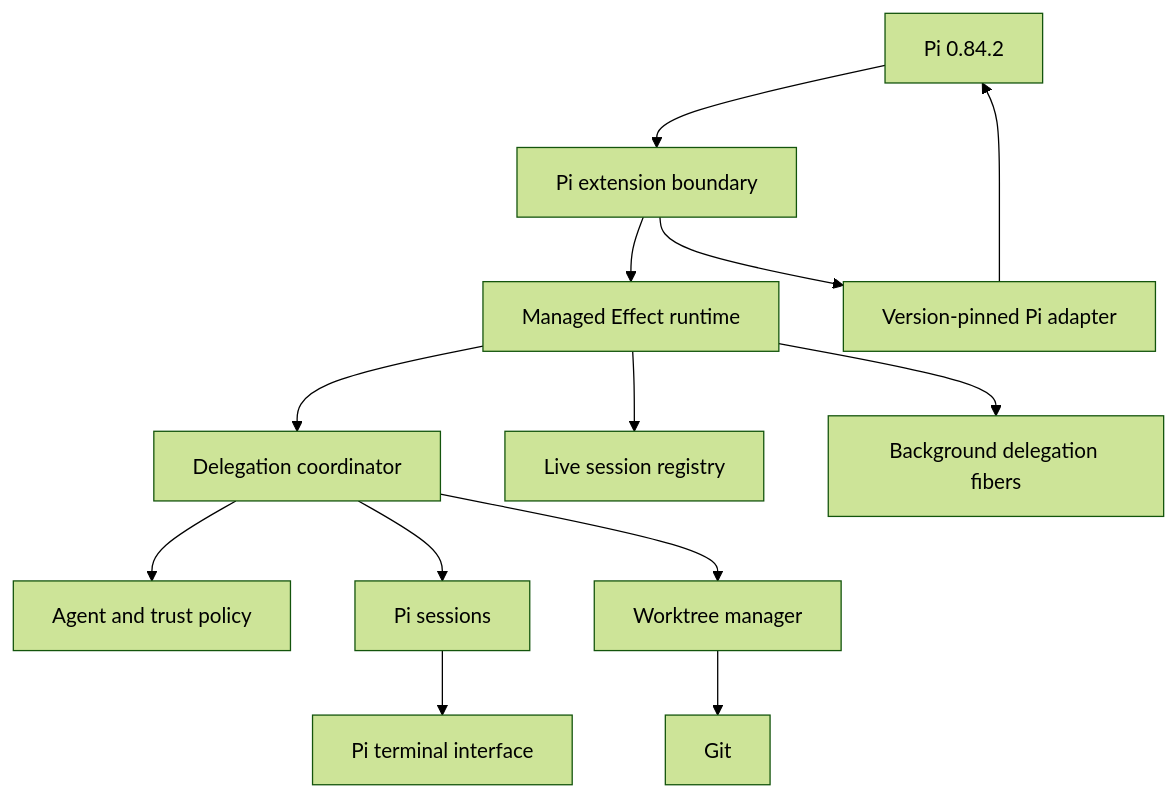
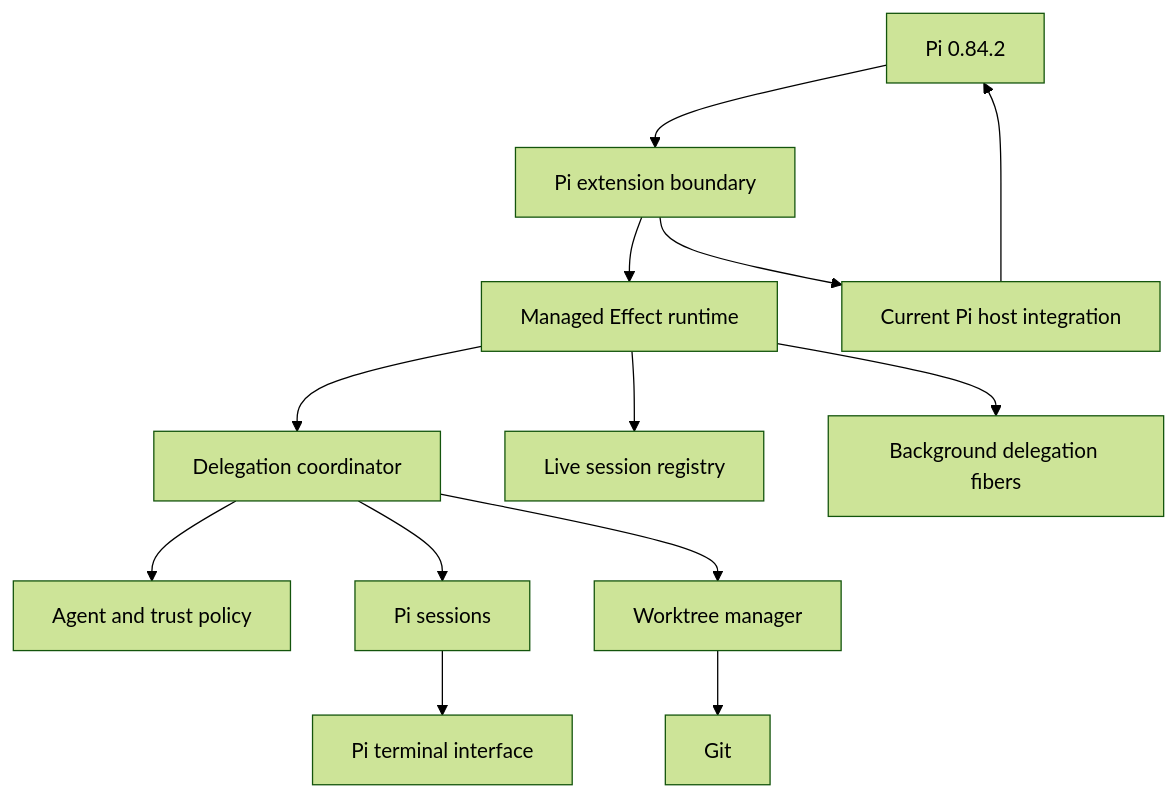
The diagram in README.md (CodeByPeete/pi-gentic), drawn with Mermaid (forest theme) before and after one commit. The commit also changed other lines of this file and 91 other files, not shown here.

Commit message:
refactor: simplify extension architecture

````diff
--- a/README.md
+++ b/README.md
@@ -450,15 +452,15 @@
 ```mermaid
 flowchart TD
     Pi[Pi 0.84.2] --> Boundary[Pi extension boundary]
     Boundary --> Runtime[Managed Effect runtime]
     Runtime --> Coordinator[Delegation coordinator]
     Runtime --> Registry[Live session registry]
     Runtime --> Fibers[Background delegation fibers]
     Coordinator --> Policy[Agent and trust policy]
     Coordinator --> Sessions[Pi sessions]
     Coordinator --> Worktrees[Worktree manager]
     Worktrees --> Git[Git]
     Sessions --> UI[Pi terminal interface]
-    Boundary --> Adapter[Version-pinned Pi adapter]
-    Adapter --> Pi
+    Boundary --> Host[Current Pi host integration]
+    Host --> Pi
 ```
````
